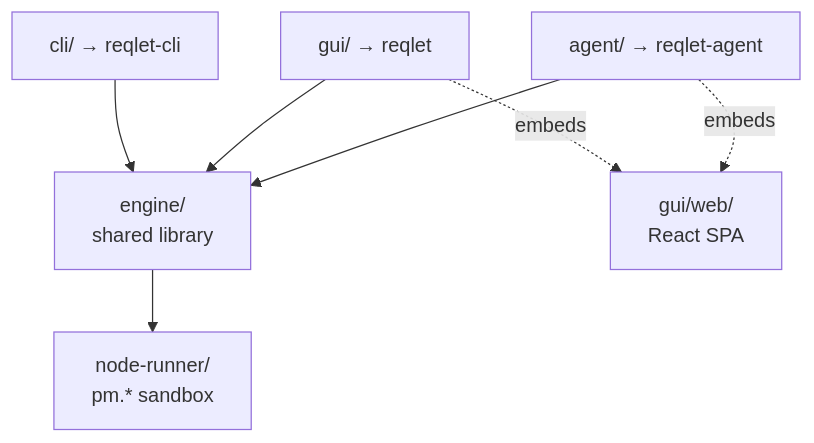
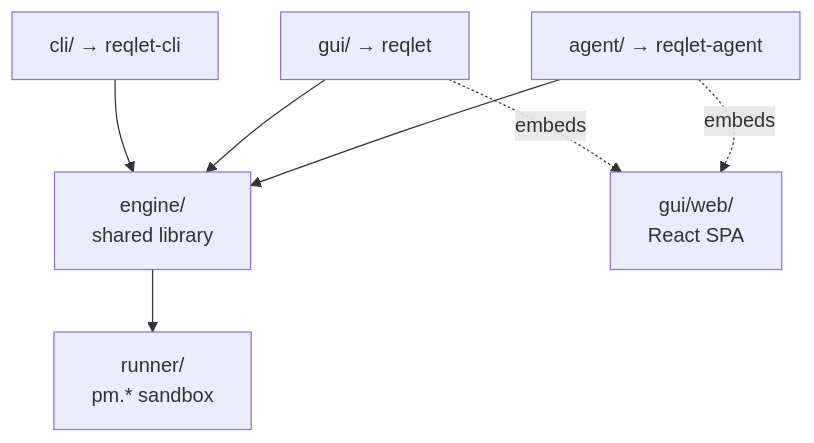
One commit to guillaumedelre/reqlet changed the first of 3 diagrams in docs/architecture.md. Above: the diagram before and after it, drawn with Mermaid. The commit also changed other lines of this file and 20 other files, not shown here.

First line of the commit message:
chore: rename node-runner to runner across all layers

````diff
--- a/docs/architecture.md
+++ b/docs/architecture.md
@@ -16,19 +16,19 @@
 ```mermaid
 graph TD
     Engine["engine/
     shared library"]
     CLI["cli/ → reqlet-cli"]
     GUI["gui/ → reqlet"]
     Agent["agent/ → reqlet-agent"]
-    NodeRunner["node-runner/
+    Runner["runner/
     pm.* sandbox"]
     WebUI["gui/web/
     React SPA"]
 
     CLI --> Engine
     GUI --> Engine
     Agent --> Engine
-    Engine --> NodeRunner
+    Engine --> Runner
     GUI -. embeds .-> WebUI
     Agent -. embeds .-> WebUI
 ```
````
